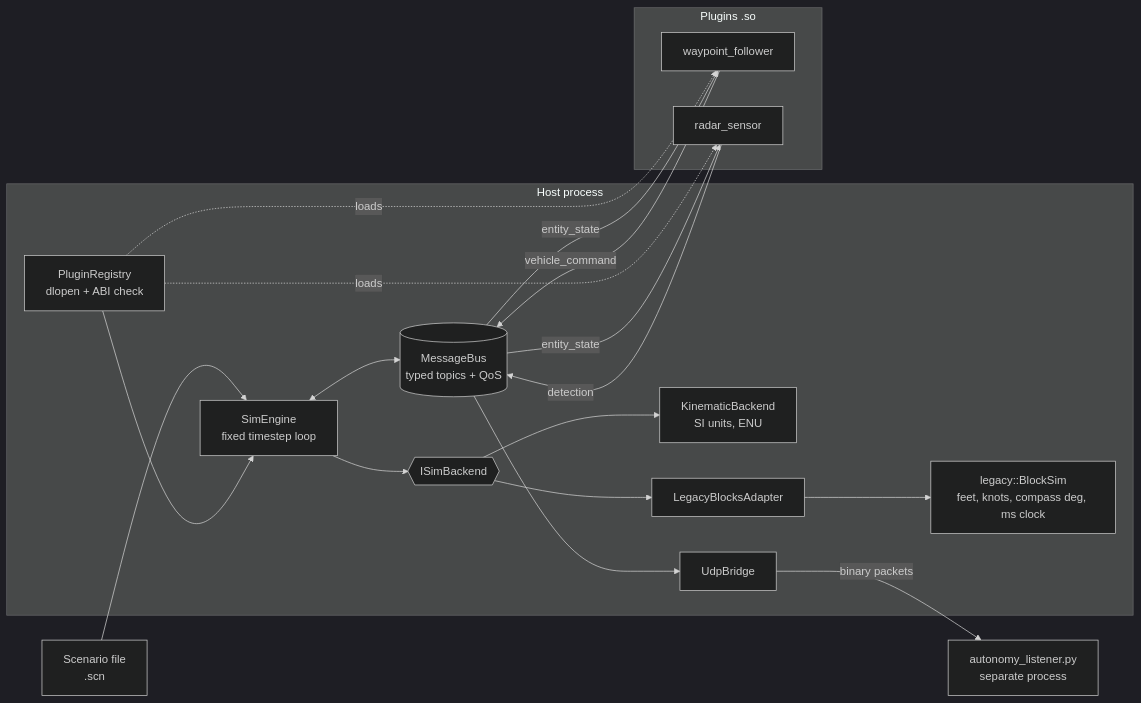
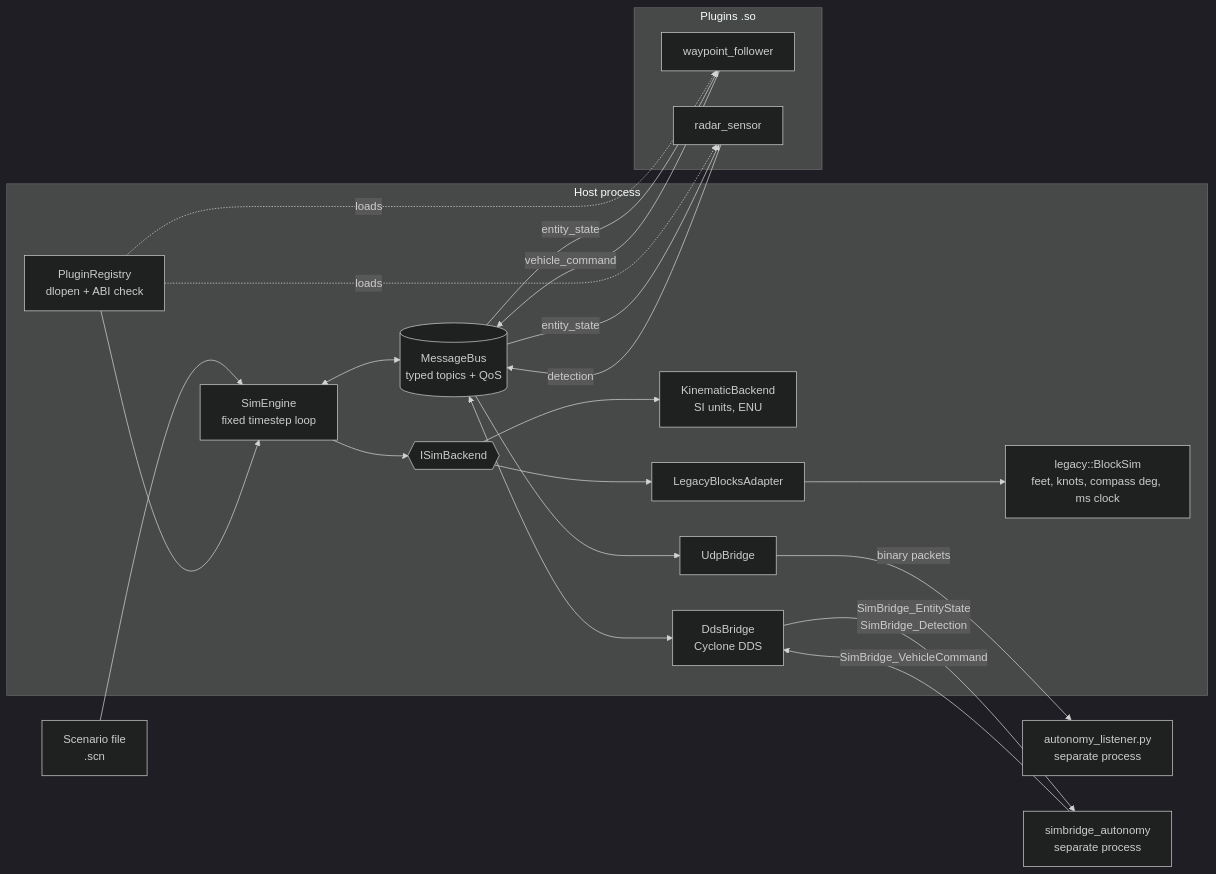
One commit to Markkoby3/simbridge changed the diagram in README.md. Above: the diagram before and after it, drawn with Mermaid (dark theme). The commit also changed other lines of this file, not shown here.

First line of the commit message:
Document the DDS transport

````diff
--- a/README.md
+++ b/README.md
@@ -19,25 +20,28 @@
 ```mermaid
 flowchart LR
     SCN[Scenario file<br/>.scn] --> ENG
     subgraph Host process
         ENG[SimEngine<br/>fixed timestep loop]
         BUS[(MessageBus<br/>typed topics + QoS)]
         REG[PluginRegistry<br/>dlopen + ABI check]
         ENG <--> BUS
         REG --> ENG
         ENG --> IFACE{{ISimBackend}}
         IFACE --> KIN[KinematicBackend<br/>SI units, ENU]
         IFACE --> ADP[LegacyBlocksAdapter]
         ADP --> LEG[legacy::BlockSim<br/>feet, knots, compass deg, ms clock]
         BUS --> UDP[UdpBridge]
+        BUS <--> DDSB[DdsBridge<br/>Cyclone DDS]
     end
     subgraph Plugins .so
         WP[waypoint_follower]
         RAD[radar_sensor]
     end
     REG -.loads.-> WP & RAD
     WP -- vehicle_command --> BUS
     RAD -- detection --> BUS
     BUS -- entity_state --> WP & RAD
     UDP -- binary packets --> PY[autonomy_listener.py<br/>separate process]
+    DDSB -- SimBridge_EntityState<br/>SimBridge_Detection --> AUT[simbridge_autonomy<br/>separate process]
+    AUT -- SimBridge_VehicleCommand --> DDSB
 ```
````
